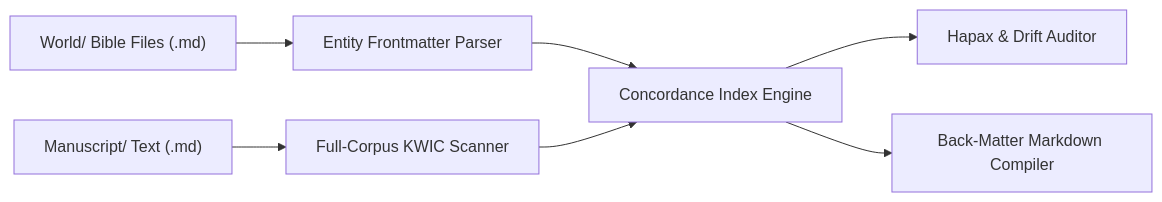
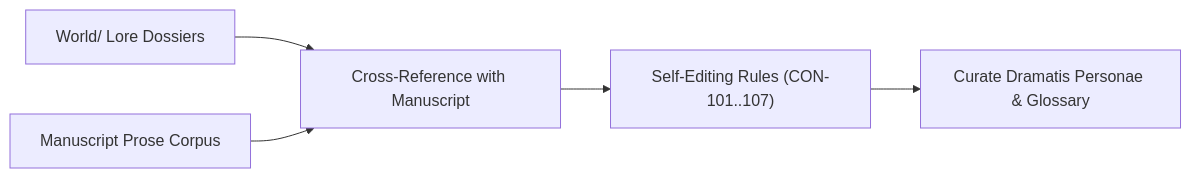
The third of 3 diagrams in docs/CONCORDANCE.md (aryansinghnagar/Ars-Arcanum), drawn with Mermaid before and after one commit. The commit also changed other lines of this file and 12 other files, not shown here.

````diff
--- a/docs/CONCORDANCE.md
+++ b/docs/CONCORDANCE.md
@@ -166,9 +165,7 @@
 ```mermaid
 flowchart LR
-    WorldDir["World/ Bible Files (.md)"] --> Parser["Entity Frontmatter Parser"]
-    ManuscriptDir["Manuscript/ Text (.md)"] --> CorpusScanner["Full-Corpus KWIC Scanner"]
-    
-    Parser & CorpusScanner --> ConcordanceCore["Concordance Index Engine"]
-    ConcordanceCore --> LintEngine["Hapax & Drift Auditor"]
-    ConcordanceCore --> MarkdownGen["Back-Matter Markdown Compiler"]
+    LoreFiles["World/ Lore Dossiers"] --> Matcher["Cross-Reference with Manuscript"]
+    ManuscriptText["Manuscript Prose Corpus"] --> Matcher
+    Matcher --> Audit["Self-Editing Rules (CON-101..107)"]
+    Audit --> Appendices["Curate Dramatis Personae & Glossary"]
 ```
````
